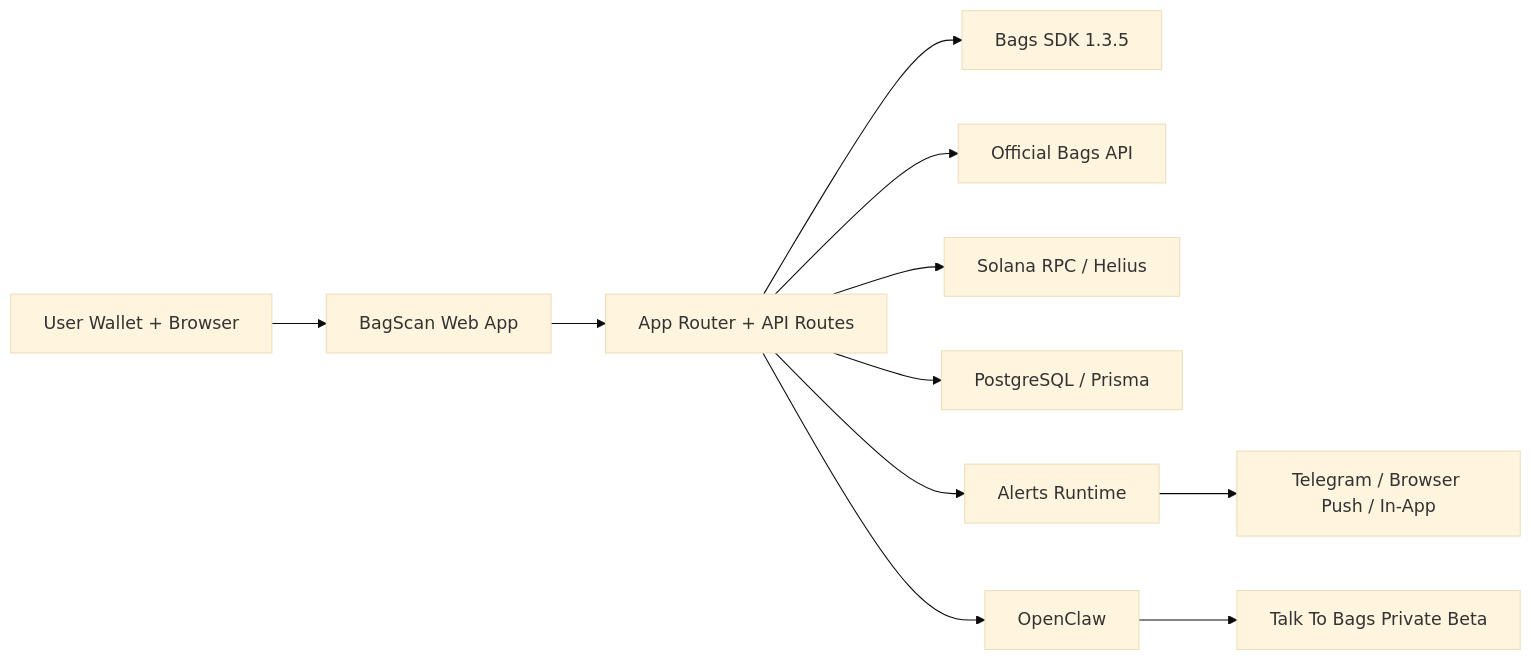
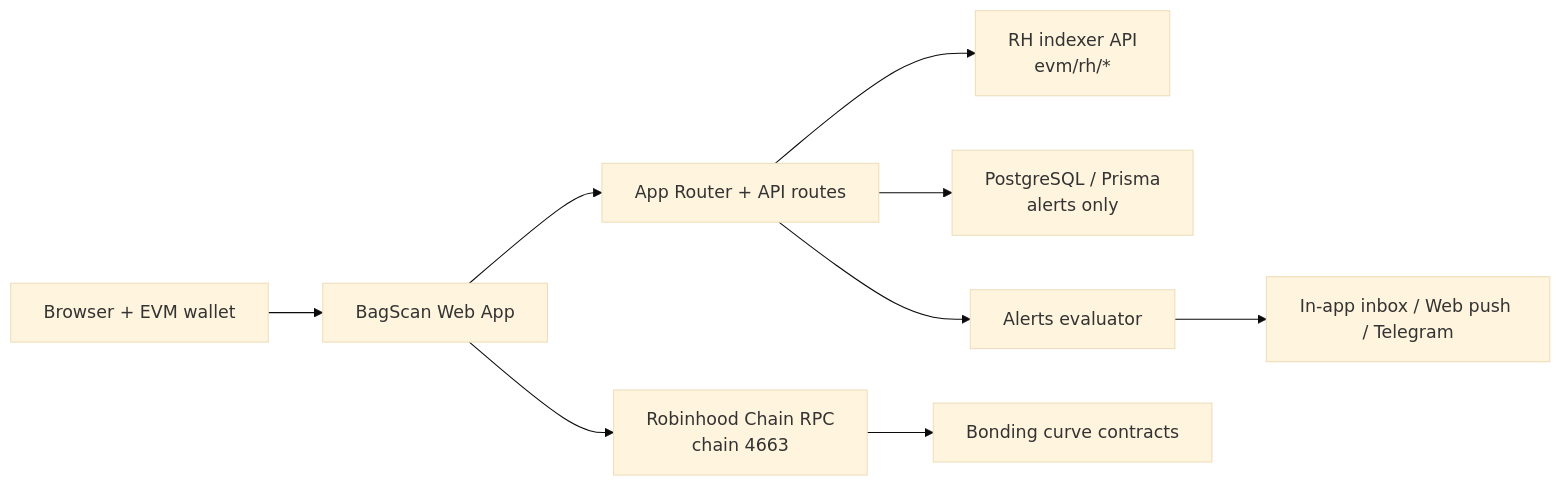
The first of 2 diagrams in README.md (nrlartt/bagscan), drawn with Mermaid (base theme) before and after one commit. The commit also changed other lines of this file and 215 other files, not shown here.

First line of the commit message:
feat(rh): pivot BagScan to a Robinhood Chain-only terminal

````diff
--- a/README.md
+++ b/README.md
@@ -50,13 +41,11 @@
 ```mermaid
 flowchart LR
-    U[User Wallet + Browser] --> W[BagScan Web App]
-    W --> A[App Router + API Routes]
-    A --> B[Bags SDK 1.3.5]
-    A --> C[Official Bags API]
-    A --> D[Solana RPC / Helius]
-    A --> E[PostgreSQL / Prisma]
-    A --> F[Alerts Runtime]
-    F --> G[Telegram / Browser Push / In-App]
-    A --> H[OpenClaw]
-    H --> T[Talk To Bags Private Beta]
+    U[Browser + EVM wallet] --> W[BagScan Web App]
+    W --> A[App Router + API routes]
+    A --> B[RH indexer API<br/>evm/rh/*]
+    A --> E[PostgreSQL / Prisma<br/>alerts only]
+    W --> R[Robinhood Chain RPC<br/>chain 4663]
+    R --> C[Bonding curve contracts]
+    A --> F[Alerts evaluator]
+    F --> G[In-app inbox / Web push / Telegram]
 ```
````
